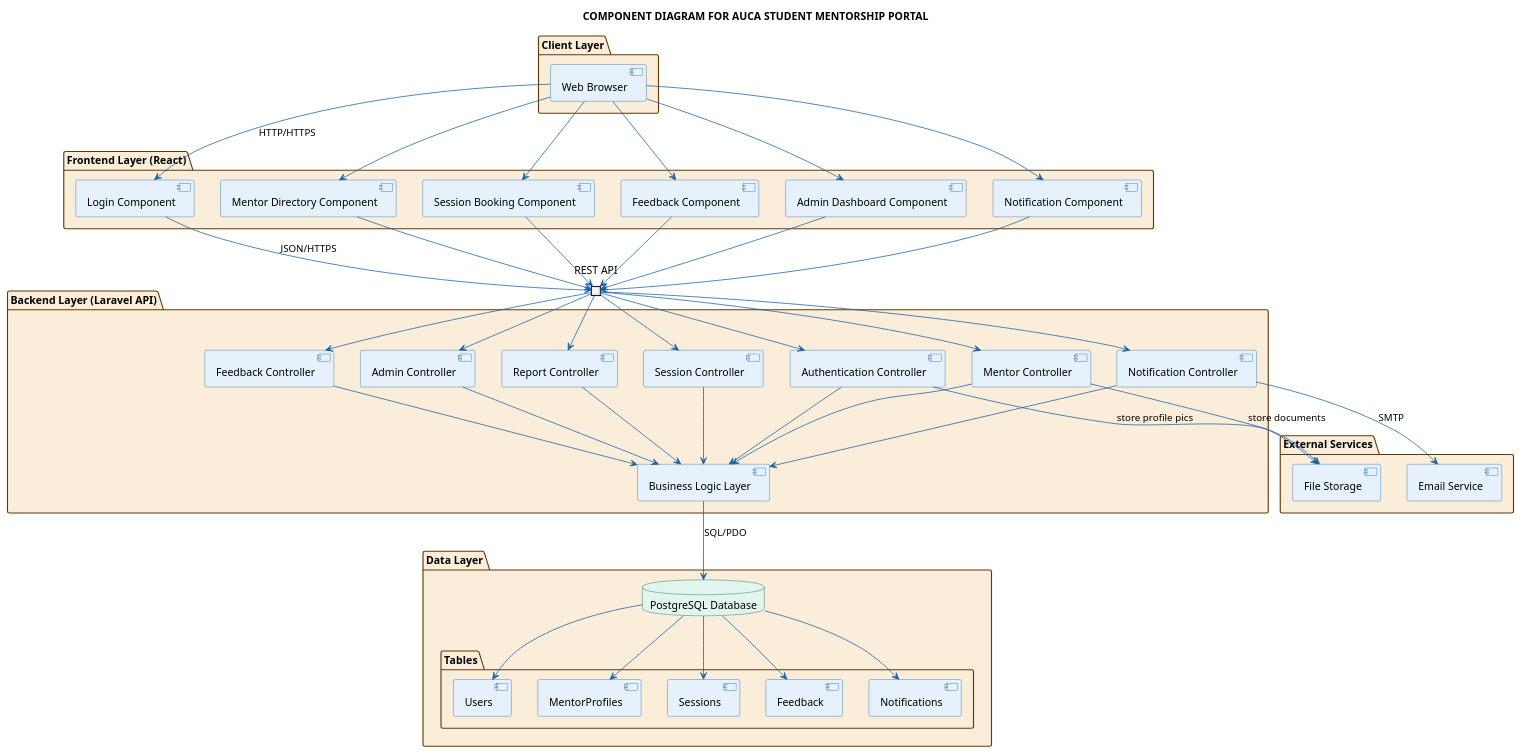
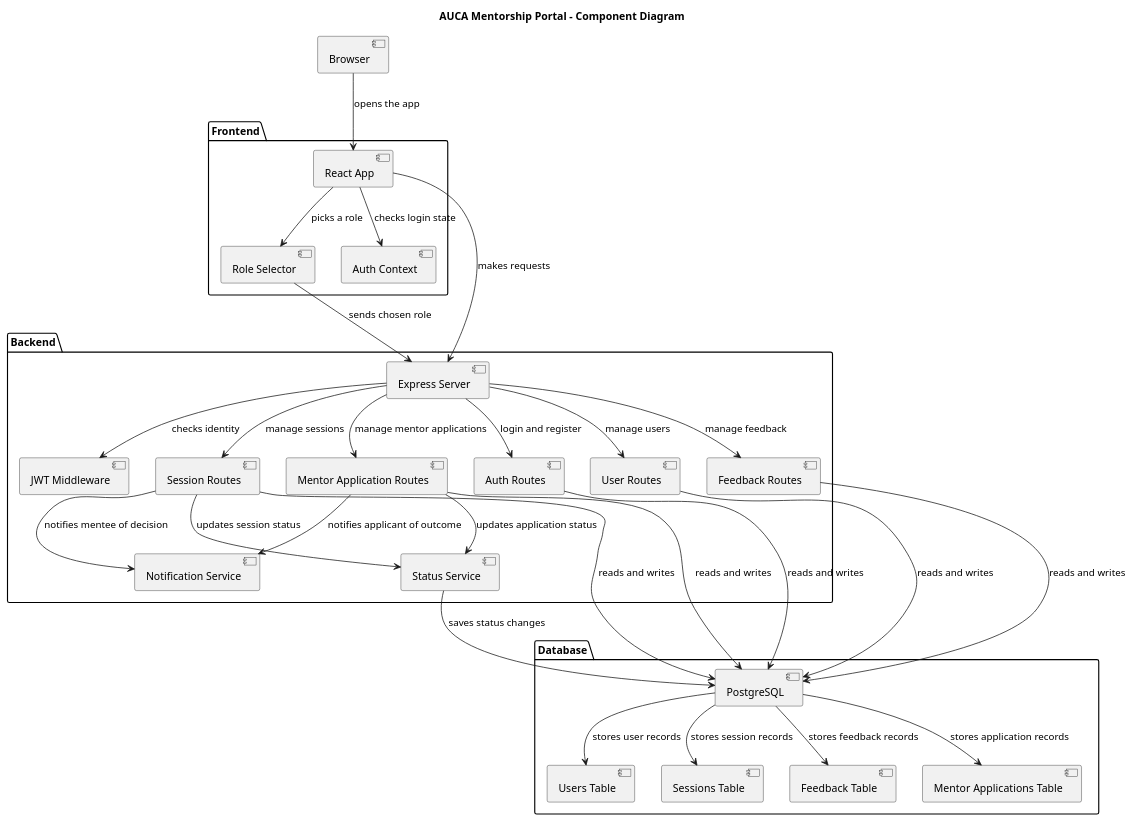
Before and after one commit to confiance22/AUCA-Student-Mentorship-Portal: the diagram in diagrams/component.puml, drawn with PlantUML. The commit also changed 17 other files, not shown here.

```diff
--- a/diagrams/component.puml
+++ b/diagrams/component.puml
@@ -1,105 +1,58 @@
-@startuml AUCA_Mentorship_ComponentDiagram
+@startuml
+title AUCA Mentorship Portal - Component Diagram
 
-skinparam backgroundColor white
-skinparam ArrowColor #185FA5
-skinparam componentBackgroundColor #E6F1FB
-skinparam componentBorderColor #185FA5
-skinparam packageBackgroundColor #FAEEDA
-skinparam packageBorderColor #633806
-skinparam databaseBackgroundColor #E1F5EE
-skinparam databaseBorderColor #085041
-skinparam interfaceBackgroundColor #FDF2E9
-skinparam interfaceBorderColor #7E5109
-
-title COMPONENT DIAGRAM FOR AUCA STUDENT MENTORSHIP PORTAL
-
-package "Client Layer" {
-    [Web Browser] as Browser
+package "Frontend" {
+    [React App] as React
+    [Auth Context] as Auth
+    [Role Selector] as RoleSelector
 }
 
-package "Frontend Layer (React)" {
-    [Login Component] as LoginUI
-    [Mentor Directory Component] as DirectoryUI
-    [Session Booking Component] as BookingUI
-    [Feedback Component] as FeedbackUI
-    [Admin Dashboard Component] as AdminUI
-    [Notification Component] as NotifUI
+package "Backend" {
+    [Express Server] as Express
+    [JWT Middleware] as JWT
+    [Auth Routes] as AuthR
+    [User Routes] as UserR
+    [Session Routes] as SessionR
+    [Feedback Routes] as FeedbackR
+    [Mentor Application Routes] as MentorAppR
+    [Status Service] as StatusSvc
+    [Notification Service] as NotifSvc
 }
 
-package "Backend Layer (Laravel API)" {
-    portin "REST API" as API
-    
-    [Authentication Controller] as AuthController
-    [Mentor Controller] as MentorController
-    [Session Controller] as SessionController
-    [Feedback Controller] as FeedbackController
-    [Notification Controller] as NotifController
-    [Admin Controller] as AdminController
-    [Report Controller] as ReportController
-    
-    [Business Logic Layer] as BusinessLogic
+package "Database" {
+    [PostgreSQL] as DB
+    [Users Table] as Users
+    [Sessions Table] as Sessions
+    [Feedback Table] as Feedbacks
+    [Mentor Applications Table] as MentorApps
 }
 
-package "Data Layer" {
-    database "PostgreSQL Database" as PostgresDB
-    
-    package "Tables" {
-        [Users] as UsersTbl
-        [MentorProfiles] as MentorTbl
-        [Sessions] as SessionTbl
-        [Feedback] as FeedbackTbl
-        [Notifications] as NotifTbl
-    }
-}
+[Browser] as Browser
 
-package "External Services" {
-    [Email Service] as EmailSvc
-    [File Storage] as FileStorage
-}
-
-' Frontend to Backend connections
-Browser --> LoginUI : HTTP/HTTPS
-Browser --> DirectoryUI
-Browser --> BookingUI
-Browser --> FeedbackUI
-Browser --> AdminUI
-Browser --> NotifUI
-
-LoginUI --> API : JSON/HTTPS
-DirectoryUI --> API
-BookingUI --> API
-FeedbackUI --> API
-AdminUI --> API
-NotifUI --> API
-
-API --> AuthController
-API --> MentorController
-API --> SessionController
-API --> FeedbackController
-API --> NotifController
-API --> AdminController
-API --> ReportController
-
-' Controllers to Business Logic
-AuthController --> BusinessLogic
-MentorController --> BusinessLogic
-SessionController --> BusinessLogic
-FeedbackController --> BusinessLogic
-NotifController --> BusinessLogic
-AdminController --> BusinessLogic
-ReportController --> BusinessLogic
-
-' Business Logic to Database
-BusinessLogic --> PostgresDB : SQL/PDO
-PostgresDB --> UsersTbl
-PostgresDB --> MentorTbl
-PostgresDB --> SessionTbl
-PostgresDB --> FeedbackTbl
-PostgresDB --> NotifTbl
-
-' External services
-NotifController --> EmailSvc : SMTP
-AuthController --> FileStorage : store profile pics
-MentorController --> FileStorage : store documents
+Browser --> React : opens the app
+React --> Auth : checks login state
+React --> RoleSelector : picks a role
+RoleSelector --> Express : sends chosen role
+React --> Express : makes requests
+Express --> JWT : checks identity
+Express --> AuthR : login and register
+Express --> UserR : manage users
+Express --> SessionR : manage sessions
+Express --> FeedbackR : manage feedback
+Express --> MentorAppR : manage mentor applications
+SessionR --> StatusSvc : updates session status
+MentorAppR --> StatusSvc : updates application status
+SessionR --> NotifSvc : notifies mentee of decision
+MentorAppR --> NotifSvc : notifies applicant of outcome
+AuthR --> DB : reads and writes
+UserR --> DB : reads and writes
+SessionR --> DB : reads and writes
+FeedbackR --> DB : reads and writes
+MentorAppR --> DB : reads and writes
+StatusSvc --> DB : saves status changes
+DB --> Users : stores user records
+DB --> Sessions : stores session records
+DB --> Feedbacks : stores feedback records
+DB --> MentorApps : stores application records
 
 @enduml
```
